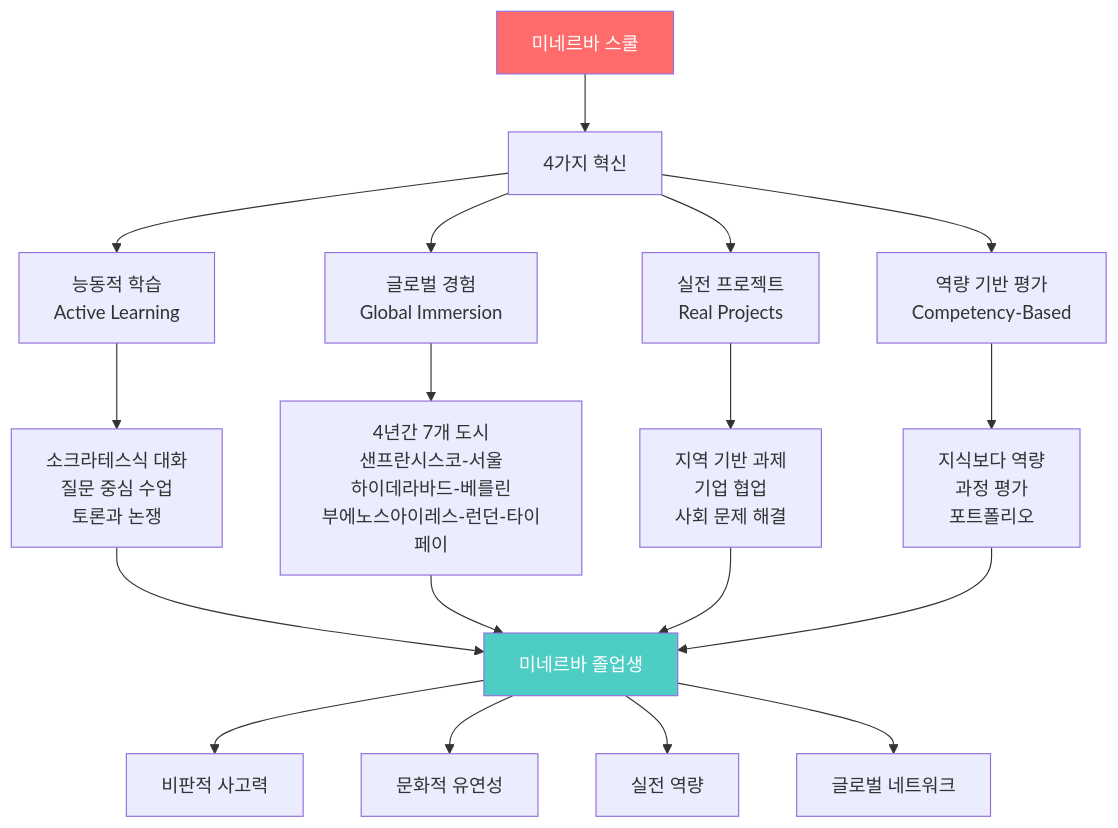
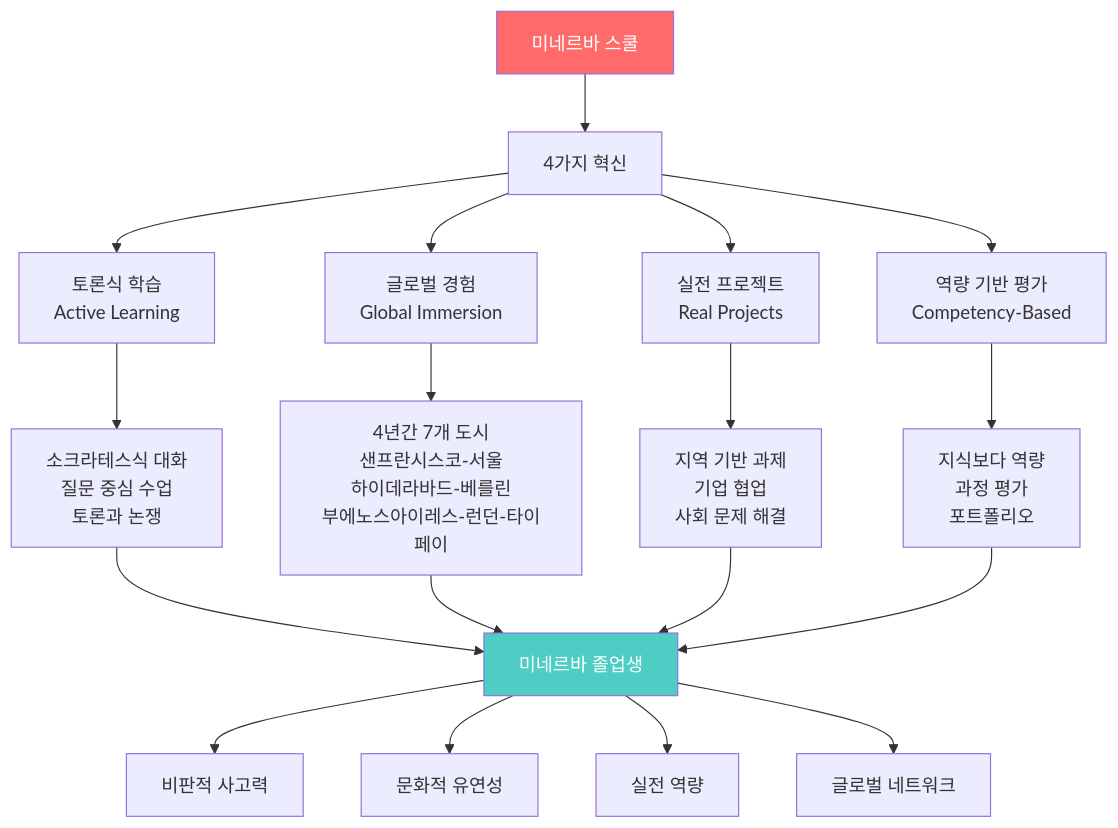
One commit to Collegenie-X/froebel changed diagram 37 of 53 in 1단계_교육_현황_프로젝트_기반_학습.md. Above: the diagram before and after it, drawn with Mermaid. The commit also changed 2 other files, not shown here.

Commit message:
updated  문서

````diff
--- a/1단계_교육_현황_프로젝트_기반_학습.md
+++ b/1단계_교육_현황_프로젝트_기반_학습.md
@@ -1442,30 +1442,30 @@
 ```mermaid
 graph TD
     A[미네르바 스쿨] --> B[4가지 혁신]
     
-    B --> C1[능동적 학습<br/>Active Learning]
+    B --> C1[토론식 학습<br/>Active Learning]
     B --> C2[글로벌 경험<br/>Global Immersion]
     B --> C3[실전 프로젝트<br/>Real Projects]
     B --> C4[역량 기반 평가<br/>Competency-Based]
     
     C1 --> D1[소크라테스식 대화<br/>질문 중심 수업<br/>토론과 논쟁]
     
     C2 --> D2[4년간 7개 도시<br/>샌프란시스코-서울<br/>하이데라바드-베를린<br/>부에노스아이레스-런던-타이페이]
     
     C3 --> D3[지역 기반 과제<br/>기업 협업<br/>사회 문제 해결]
     
     C4 --> D4[지식보다 역량<br/>과정 평가<br/>포트폴리오]
     
     D1 --> E[미네르바 졸업생]
     D2 --> E
     D3 --> E
     D4 --> E
     
     E --> F1[비판적 사고력]
     E --> F2[문화적 유연성]
     E --> F3[실전 역량]
     E --> F4[글로벌 네트워크]
     
     style A fill:#FF6B6B,color:#fff
     style E fill:#4ECDC4,color:#fff
 ```
````
